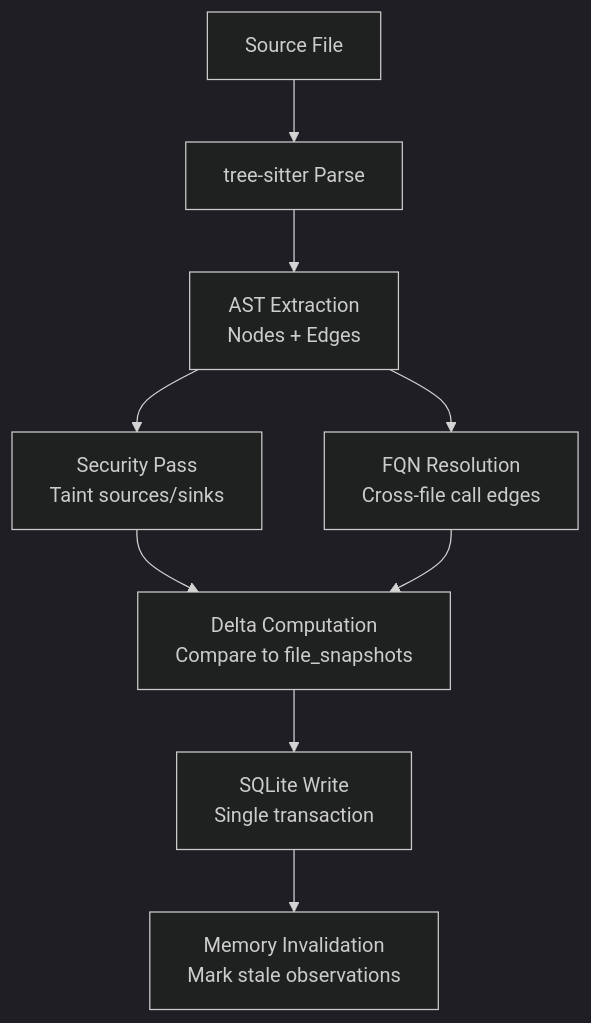
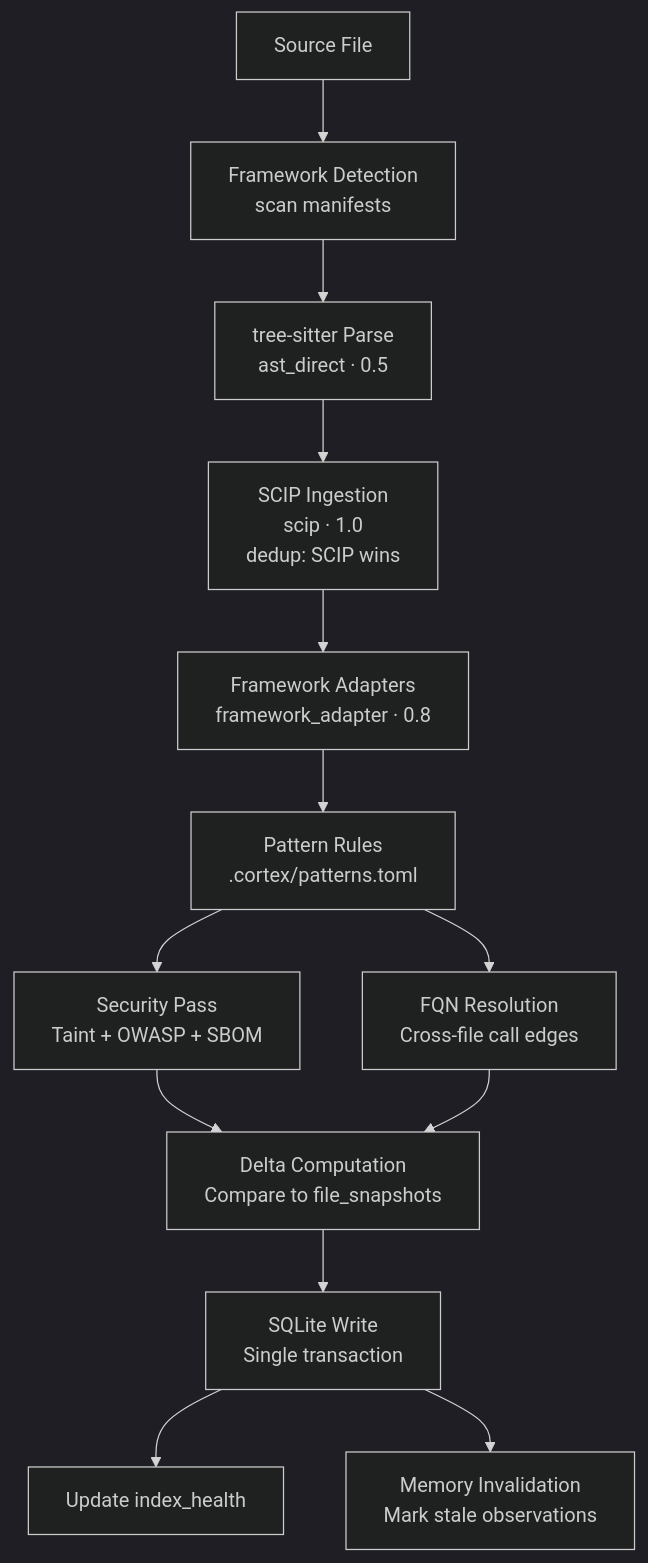
One commit to 1337Xcode/cortex changed the third of 6 diagrams in docs/architecture.md. Above: the diagram before and after it, drawn with Mermaid (dark theme). The commit also changed other lines of this file and 81 other files, not shown here.

Commit message:
feat: v1.1.0 - SCIP ingestion, confidence edges, framework adapters, health gate, token savings baseline, repo brief

````diff
--- a/docs/architecture.md
+++ b/docs/architecture.md
@@ -63,11 +74,15 @@
 ```mermaid
 flowchart TD
-    File[Source File] --> Parse[tree-sitter Parse]
-    Parse --> Extract[AST Extraction<br/>Nodes + Edges]
-    Extract --> Security[Security Pass<br/>Taint sources/sinks]
-    Extract --> Resolve[FQN Resolution<br/>Cross-file call edges]
+    File[Source File] --> FD[Framework Detection<br/>scan manifests]
+    FD --> Parse[tree-sitter Parse<br/>ast_direct · 0.5]
+    Parse --> SCIP[SCIP Ingestion<br/>scip · 1.0<br/>dedup: SCIP wins]
+    SCIP --> FA[Framework Adapters<br/>framework_adapter · 0.8]
+    FA --> PR[Pattern Rules<br/>.cortex/patterns.toml]
+    PR --> Security[Security Pass<br/>Taint + OWASP + SBOM]
+    PR --> Resolve[FQN Resolution<br/>Cross-file call edges]
     Security --> Delta[Delta Computation<br/>Compare to file_snapshots]
     Resolve --> Delta
     Delta --> Write[SQLite Write<br/>Single transaction]
+    Write --> Health[Update index_health]
     Write --> Invalidate[Memory Invalidation<br/>Mark stale observations]
 ```
````
